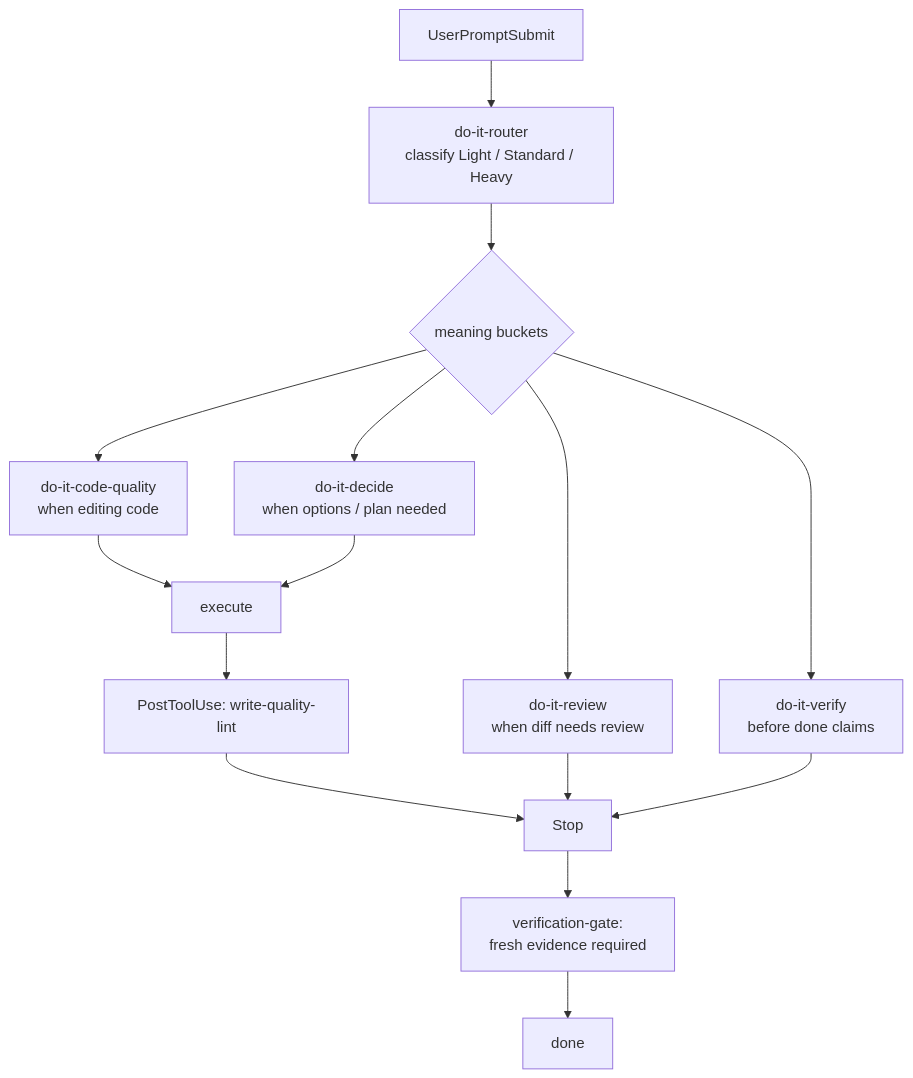
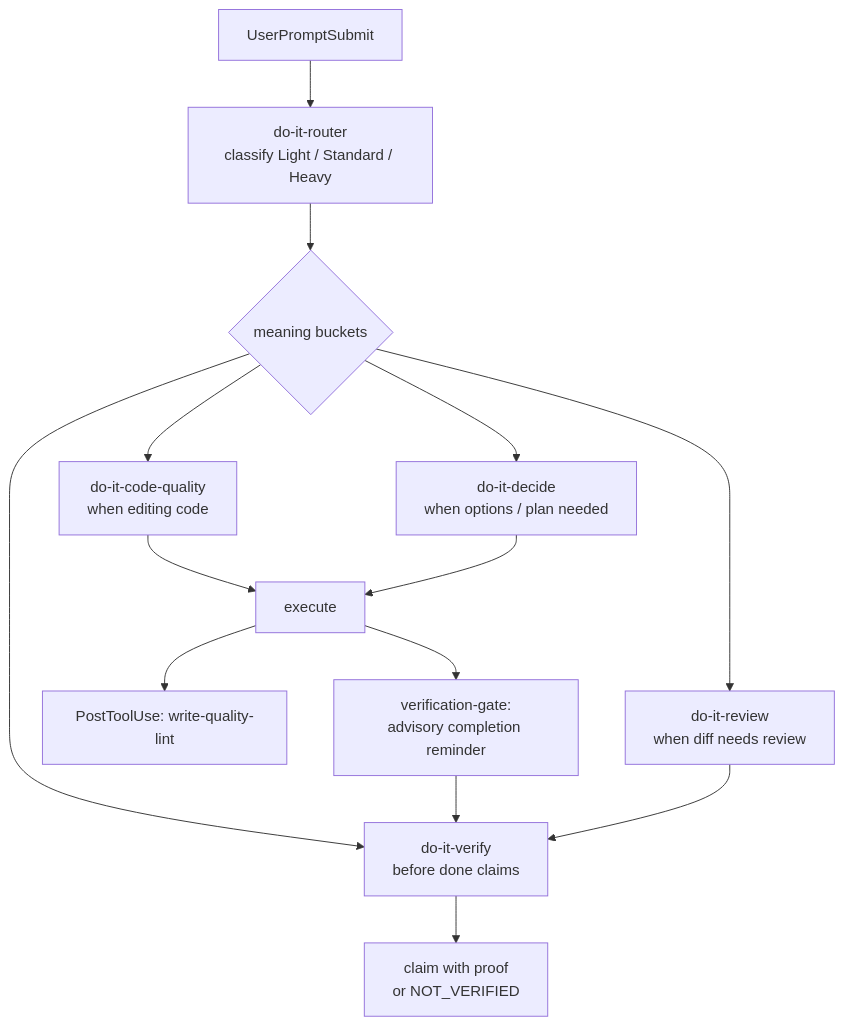
The diagram in README.md (tdwhere123/do-it), drawn with Mermaid before and after one commit. The commit also changed other lines of this file and 192 other files, not shown here.

````diff
--- a/README.md
+++ b/README.md
@@ -261,17 +282,16 @@
 ```mermaid
 flowchart TD
     P[UserPromptSubmit] --> R[do-it-router<br/>classify Light / Standard / Heavy]
     R --> B{meaning buckets}
     B --> CQ[do-it-code-quality<br/>when editing code]
     B --> D[do-it-decide<br/>when options / plan needed]
     B --> RV[do-it-review<br/>when diff needs review]
     B --> VY[do-it-verify<br/>before done claims]
     CQ --> E[execute]
     D --> E
     E --> WQ[PostToolUse: write-quality-lint]
-    WQ --> V[Stop]
-    RV --> V
-    VY --> V
-    V --> VG[verification-gate:<br/>fresh evidence required]
-    VG --> Done[done]
+    E --> VG[verification-gate:<br/>advisory completion reminder]
+    VG --> VY
+    RV --> VY
+    VY --> Done[claim with proof<br/>or NOT_VERIFIED]
 ```
````
